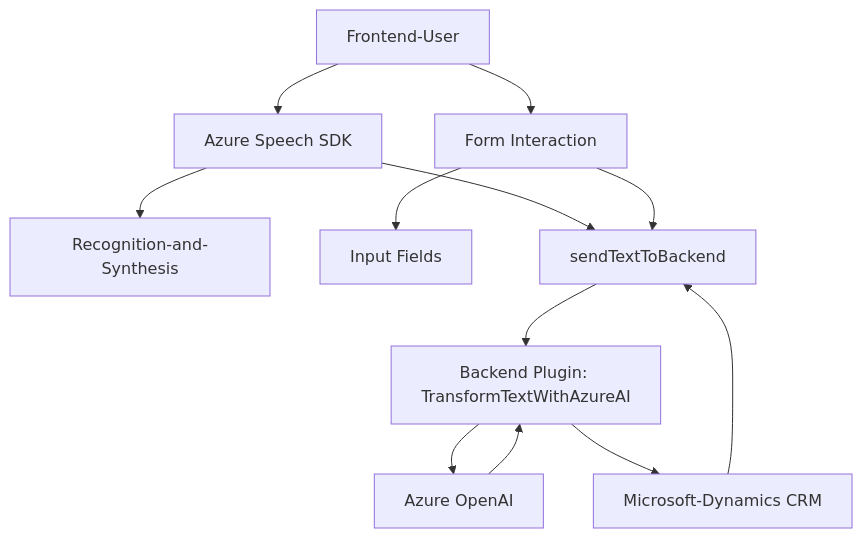
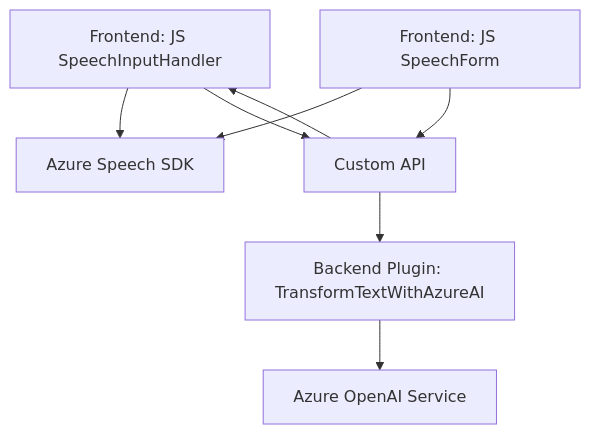
One commit to blopezdm/NETCORE_BILBAO2025 changed the diagram in README.md. Above: the diagram before and after it, drawn with Mermaid. The commit also changed other lines of this file, not shown here.

````diff
--- a/README.md
+++ b/README.md
@@ -37,13 +49,17 @@
 ```mermaid
 graph TD
-    A["Frontend-User"] --> B["Azure Speech SDK"] --> C["Recognition-and-Synthesis"]
-    A --> D["Form Interaction"]
-    D --> E["Input Fields"]
-    B --> F["sendTextToBackend"]
-    F --> G["Backend Plugin: TransformTextWithAzureAI"]
-    G --> H["Azure OpenAI"]
-    G --> I["Microsoft-Dynamics CRM"]
-    H --> G
-    I --> F
-    D --> F
+    A["Frontend: JS SpeechInputHandler"]
+    B["Frontend: JS SpeechForm"]
+    C["Backend Plugin: TransformTextWithAzureAI"]
+    D["Azure Speech SDK"]
+    E["Azure OpenAI Service"]
+    F["Dynamics 365 CRM APIs"]
+
+    A --> D
+    A --> F["Custom API"]
+    B --> D
+    B --> F
+    F --> A
+    F --> C
+    C --> E
 ```
````
